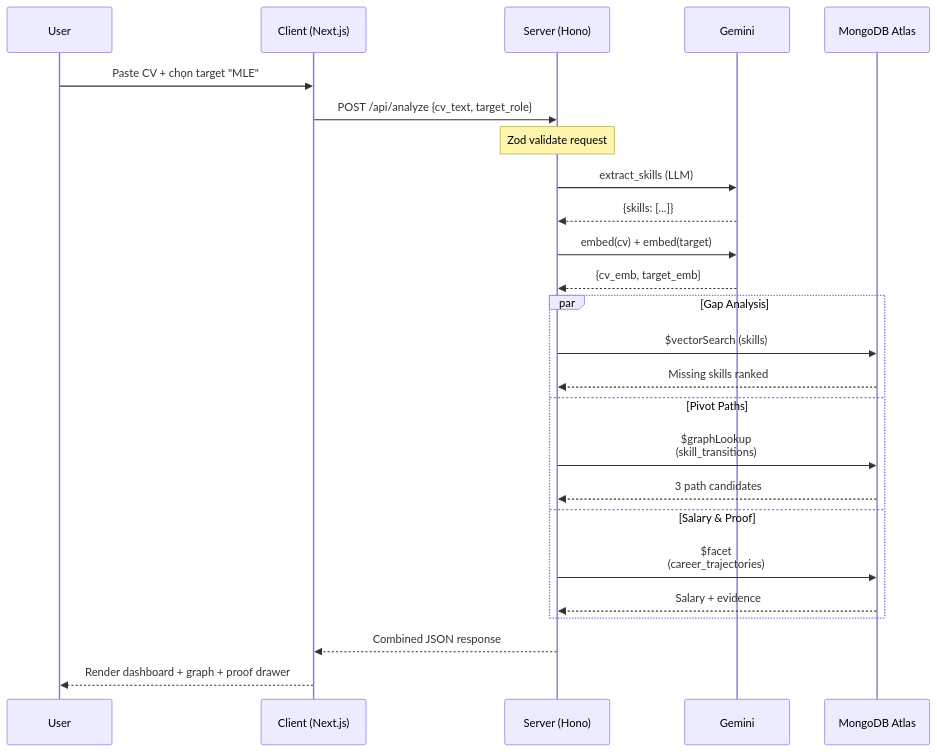
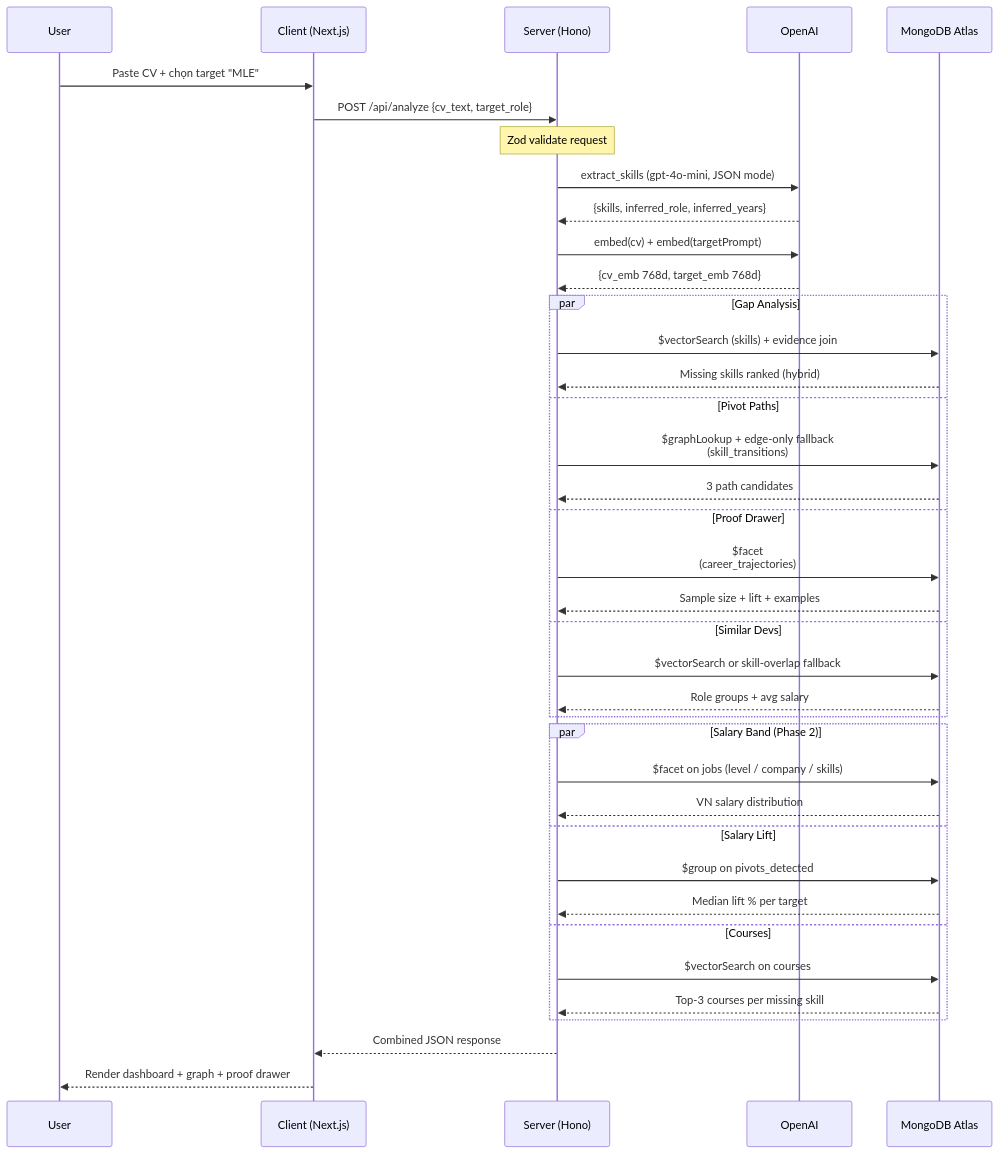
One commit to trahoangdev/path-finder changed the second of 5 diagrams in docs/TECHNICAL_DOC.md. Above: the diagram before and after it, drawn with Mermaid. The commit also changed other lines of this file and 179 other files, not shown here.

Commit message:
feat: Integrate salary band feature and demo personas into analysis tool

````diff
--- a/docs/TECHNICAL_DOC.md
+++ b/docs/TECHNICAL_DOC.md
@@ -164,30 +160,44 @@
 ```mermaid
 sequenceDiagram
     participant U as User
     participant FE as Client (Next.js)
     participant API as Server (Hono)
-    participant G as Gemini
+    participant G as OpenAI
     participant M as MongoDB Atlas
 
     U->>FE: Paste CV + chọn target "MLE"
     FE->>API: POST /api/analyze {cv_text, target_role}
     Note over API: Zod validate request
-    API->>G: extract_skills (LLM)
-    G-->>API: {skills: [...]}
-    API->>G: embed(cv) + embed(target)
-    G-->>API: {cv_emb, target_emb}
+    API->>G: extract_skills (gpt-4o-mini, JSON mode)
+    G-->>API: {skills, inferred_role, inferred_years}
+    API->>G: embed(cv) + embed(targetPrompt)
+    G-->>API: {cv_emb 768d, target_emb 768d}
 
     par Gap Analysis
-        API->>M: $vectorSearch (skills)
-        M-->>API: Missing skills ranked
+        API->>M: $vectorSearch (skills) + evidence join
+        M-->>API: Missing skills ranked (hybrid)
     and Pivot Paths
-        API->>M: $graphLookup<br/>(skill_transitions)
+        API->>M: $graphLookup + edge-only fallback<br/>(skill_transitions)
         M-->>API: 3 path candidates
-    and Salary & Proof
+    and Proof Drawer
         API->>M: $facet<br/>(career_trajectories)
-        M-->>API: Salary + evidence
+        M-->>API: Sample size + lift + examples
+    and Similar Devs
+        API->>M: $vectorSearch or skill-overlap fallback
+        M-->>API: Role groups + avg salary
+    end
+
+    par Salary Band (Phase 2)
+        API->>M: $facet on jobs (level / company / skills)
+        M-->>API: VN salary distribution
+    and Salary Lift
+        API->>M: $group on pivots_detected
+        M-->>API: Median lift % per target
+    and Courses
+        API->>M: $vectorSearch on courses
+        M-->>API: Top-3 courses per missing skill
     end
 
     API-->>FE: Combined JSON response
     FE-->>U: Render dashboard + graph + proof drawer
 ```
````
